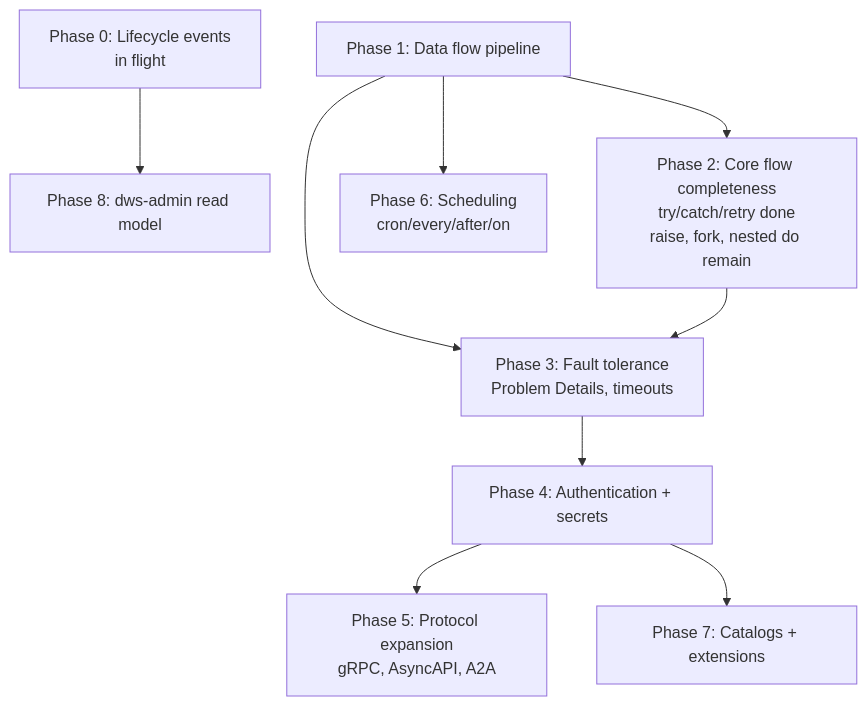
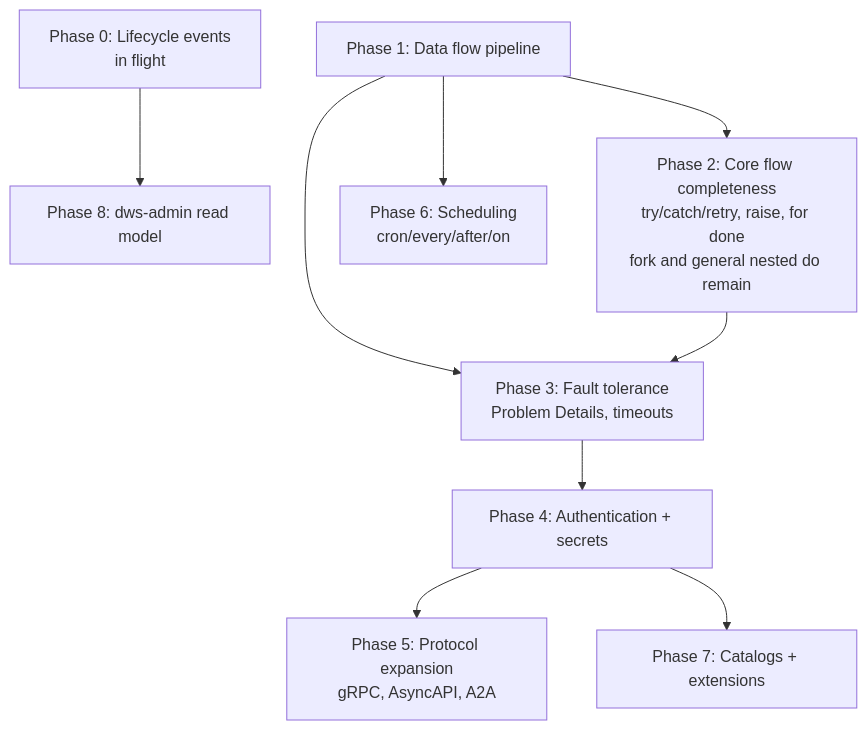
One commit to tonylibs/dapr-workflow-spec changed the diagram in openwiki/architecture/roadmap.md. Above: the diagram before and after it, drawn with Mermaid. The commit also changed other lines of this file and 2 other files, not shown here.

````diff
--- a/openwiki/architecture/roadmap.md
+++ b/openwiki/architecture/roadmap.md
@@ -55,11 +55,11 @@
 ```mermaid
 flowchart TD
   P0[Phase 0: Lifecycle events<br/>in flight] --> P8[Phase 8: dws-admin read model]
-  P1[Phase 1: Data flow pipeline] --> P2[Phase 2: Core flow completeness<br/>try/catch/retry done<br/>raise, fork, nested do remain]
+  P1[Phase 1: Data flow pipeline] --> P2[Phase 2: Core flow completeness<br/>try/catch/retry, raise, for done<br/>fork and general nested do remain]
   P1 --> P3[Phase 3: Fault tolerance<br/>Problem Details, timeouts]
   P2 --> P3
   P3 --> P4[Phase 4: Authentication + secrets]
   P4 --> P5[Phase 5: Protocol expansion<br/>gRPC, AsyncAPI, A2A]
   P1 --> P6[Phase 6: Scheduling<br/>cron/every/after/on]
   P4 --> P7[Phase 7: Catalogs + extensions]
 ```
````
